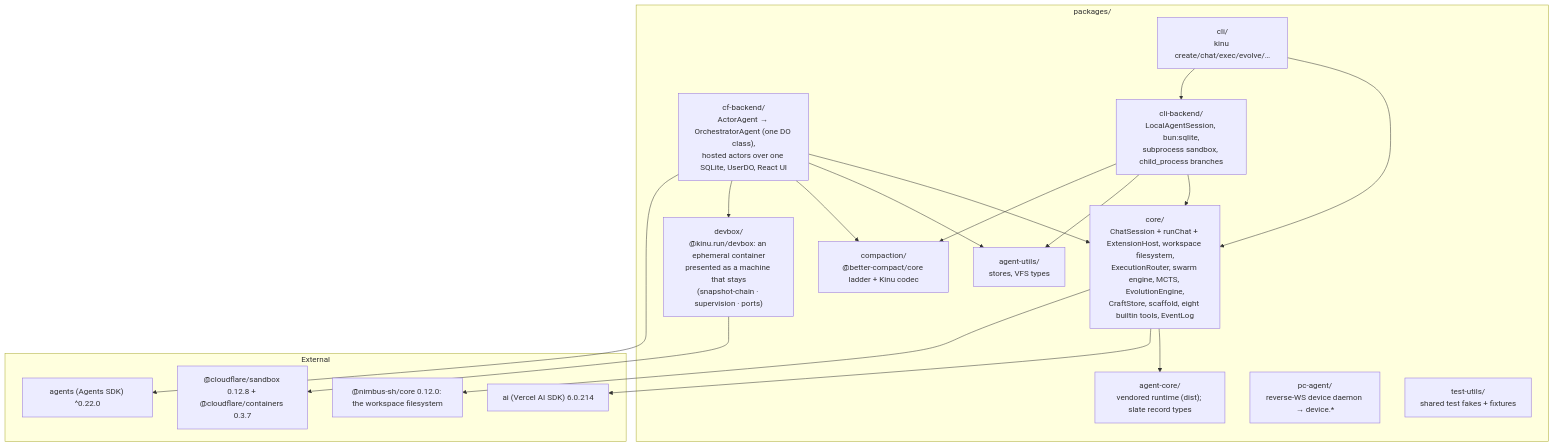
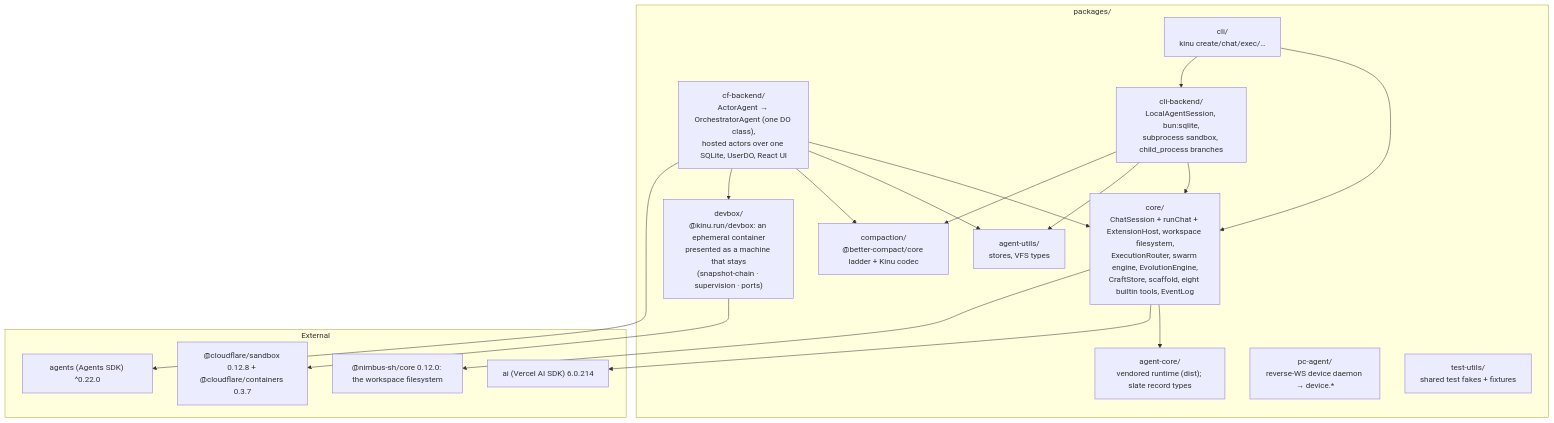
One commit to AshishKumar4/kinu changed the fifth of 5 diagrams in docs/ARCHITECTURE.md. Above: the diagram before and after it, drawn with Mermaid. The commit also changed other lines of this file and 13 other files, not shown here.

First line of the commit message:
docs: storage, architecture, testing and Lean describe the tree the fold left

````diff
--- a/docs/ARCHITECTURE.md
+++ b/docs/ARCHITECTURE.md
@@ -463,38 +461,38 @@
 ```mermaid
 graph TB
     subgraph pkgs["packages/"]
-        Core["core/<br/>ChatSession + runChat + ExtensionHost, workspace filesystem,<br/>ExecutionRouter, swarm engine, MCTS, EvolutionEngine,<br/>CraftStore, scaffold, eight builtin tools, EventLog"]
+        Core["core/<br/>ChatSession + runChat + ExtensionHost, workspace filesystem,<br/>ExecutionRouter, swarm engine, EvolutionEngine,<br/>CraftStore, scaffold, eight builtin tools, EventLog"]
         CF["cf-backend/<br/>ActorAgent → OrchestratorAgent (one DO class),<br/>hosted actors over one SQLite, UserDO, React UI"]
         Utils["agent-utils/<br/>stores, VFS types"]
         AC["agent-core/<br/>vendored runtime (dist); slate record types"]
         Compact["compaction/<br/>@better-compact/core ladder + Kinu codec"]
         Devbox["devbox/<br/>@kinu.run/devbox: an ephemeral container<br/>presented as a machine that stays<br/>(snapshot-chain · supervision · ports)"]
-        CLI["cli/<br/>kinu create/chat/exec/evolve/…"]
+        CLI["cli/<br/>kinu create/chat/exec/…"]
         CLIB["cli-backend/<br/>LocalAgentSession, bun:sqlite,<br/>subprocess sandbox, child_process branches"]
         PC["pc-agent/<br/>reverse-WS device daemon → device.*"]
         TU["test-utils/<br/>shared test fakes + fixtures"]
     end
 
     CF --> Core
     CF --> Utils
     CF --> Compact
     CF --> Devbox
     Core --> AC
     CLI --> Core
     CLI --> CLIB
     CLIB --> Core
     CLIB --> Utils
     CLIB --> Compact
 
     subgraph ext["External"]
         Agents["agents (Agents SDK) ^0.22.0"]
         AISDK["ai (Vercel AI SDK) 6.0.214"]
         Nimbus["@nimbus-sh/core 0.12.0: the workspace filesystem"]
         Sandbox["@cloudflare/sandbox 0.12.8 + @cloudflare/containers 0.3.7"]
     end
 
     CF --> Agents
     Core --> AISDK
     Core --> Nimbus
     Devbox --> Sandbox
 ```
````
